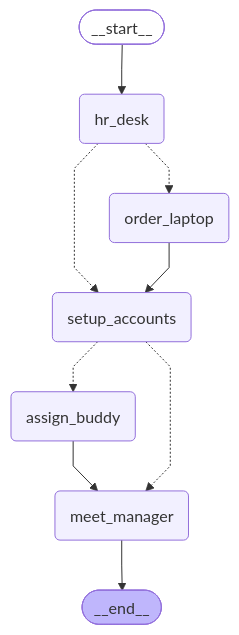
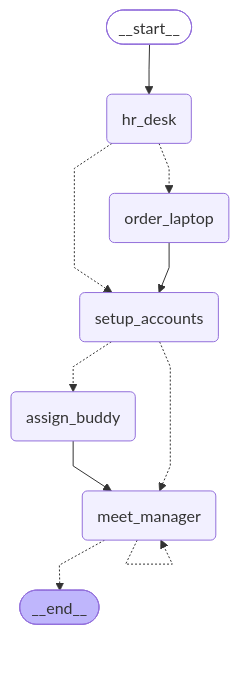
The diagram in graph1v2.mermaid (salama135/onboarding-agent), drawn with Mermaid before and after one commit. The commit also changed 1 other file, not shown here.

Commit message:
enhance onboarding workflow with welcome note and attempts tracking in lesson1_graph_practice.py; update flowchart in graph1v2.mermaid

```diff
--- a/graph1v2.mermaid
+++ b/graph1v2.mermaid
@@ -1,24 +1,25 @@
 ---
 config:
   flowchart:
     curve: linear
 ---
 graph TD;
         __start__([<p>__start__</p>]):::first
         hr_desk(hr_desk)
         order_laptop(order_laptop)
         setup_accounts(setup_accounts)
         assign_buddy(assign_buddy)
         meet_manager(meet_manager)
         __end__([<p>__end__</p>]):::last
         __start__ --> hr_desk;
         assign_buddy --> meet_manager;
         hr_desk -.-> order_laptop;
         hr_desk -.-> setup_accounts;
+        meet_manager -.-> __end__;
         order_laptop --> setup_accounts;
         setup_accounts -.-> assign_buddy;
         setup_accounts -.-> meet_manager;
-        meet_manager --> __end__;
+        meet_manager -.-> meet_manager;
         classDef default fill:#f2f0ff,line-height:1.2
         classDef first fill-opacity:0
         classDef last fill:#bfb6fc
```
